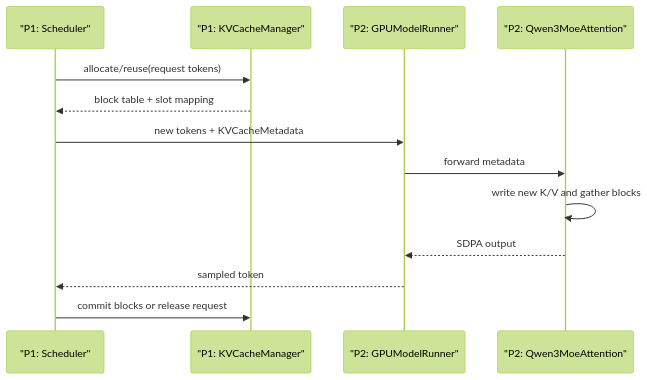
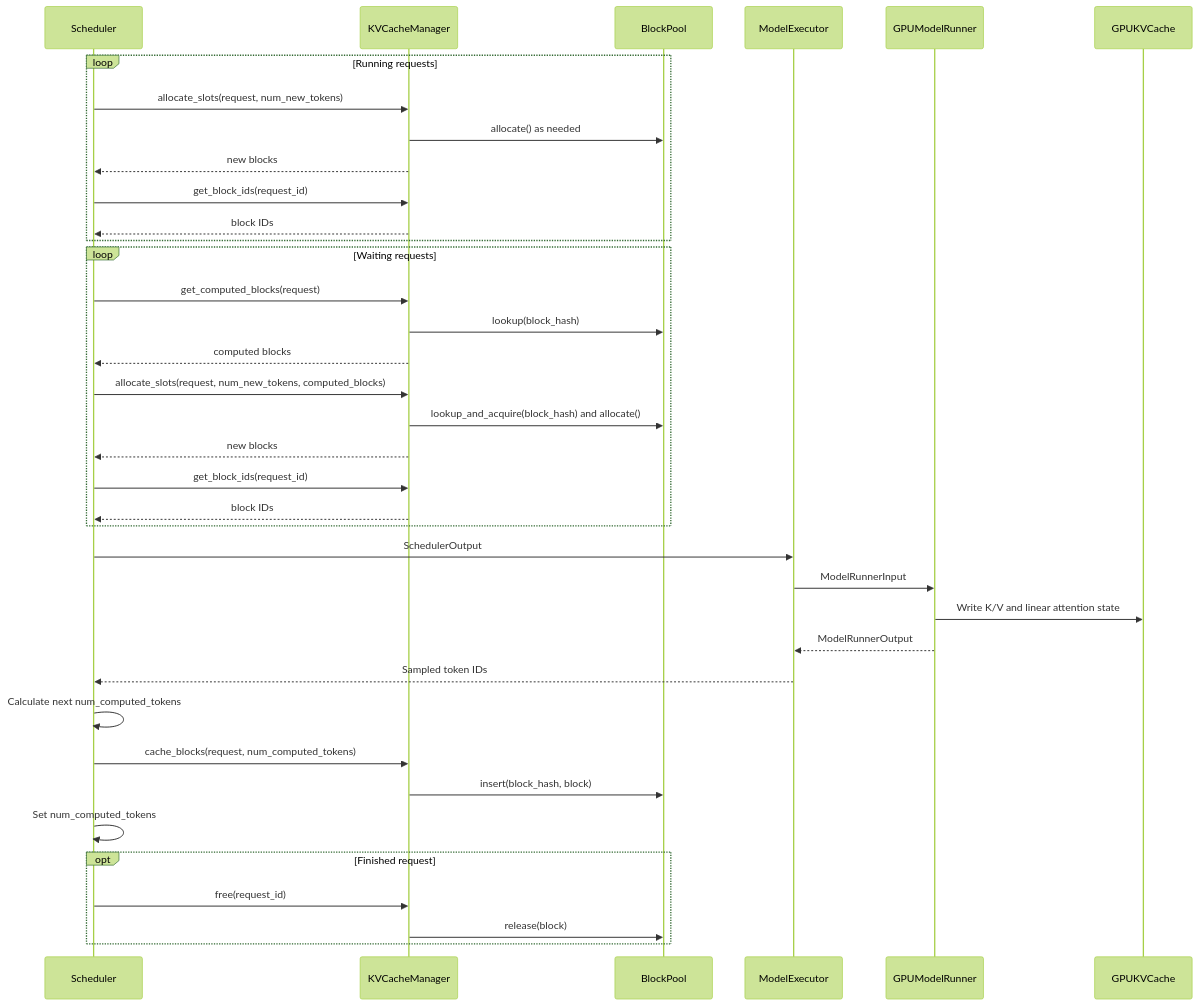
One commit to WangSu-X/xTokens changed the second of 2 diagrams in docs/design/S3-kv_cache_manager.md. Above: the diagram before and after it, drawn with Mermaid (forest theme). The commit also changed other lines of this file and 52 other files, not shown here.

````diff
--- a/docs/design/S3-kv_cache_manager.md
+++ b/docs/design/S3-kv_cache_manager.md
@@ -210,15 +100,43 @@
 ```mermaid
 sequenceDiagram
-    participant S as "P1: Scheduler"
-    participant M as "P1: KVCacheManager"
-    participant R as "P2: GPUModelRunner"
-    participant A as "P2: Qwen3MoeAttention"
-    S->>M: allocate/reuse(request tokens)
-    M-->>S: block table + slot mapping
-    S->>R: new tokens + KVCacheMetadata
-    R->>A: forward metadata
-    A->>A: write new K/V and gather blocks
-    A-->>R: SDPA output
-    R-->>S: sampled token
-    S->>M: commit blocks or release request
+    participant S as Scheduler
+    participant K as KVCacheManager
+    participant B as BlockPool
+    participant X as ModelExecutor
+    participant M as GPUModelRunner
+    participant G as GPUKVCache
+
+    loop Running requests
+        S->>K: allocate_slots(request, num_new_tokens)
+        K->>B: allocate() as needed
+        K-->>S: new blocks
+        S->>K: get_block_ids(request_id)
+        K-->>S: block IDs
+    end
+
+    loop Waiting requests
+        S->>K: get_computed_blocks(request)
+        K->>B: lookup(block_hash)
+        K-->>S: computed blocks
+        S->>K: allocate_slots(request, num_new_tokens, computed_blocks)
+        K->>B: lookup_and_acquire(block_hash) and allocate()
+        K-->>S: new blocks
+        S->>K: get_block_ids(request_id)
+        K-->>S: block IDs
+    end
+
+    S->>X: SchedulerOutput
+    X->>M: ModelRunnerInput
+    M->>G: Write K/V and linear attention state
+    M-->>X: ModelRunnerOutput
+    X-->>S: Sampled token IDs
+
+    S->>S: Calculate next num_computed_tokens
+    S->>K: cache_blocks(request, num_computed_tokens)
+    K->>B: insert(block_hash, block)
+    S->>S: Set num_computed_tokens
+    opt Finished request
+        S->>K: free(request_id)
+        K->>B: release(block)
+    end
 ```
````
